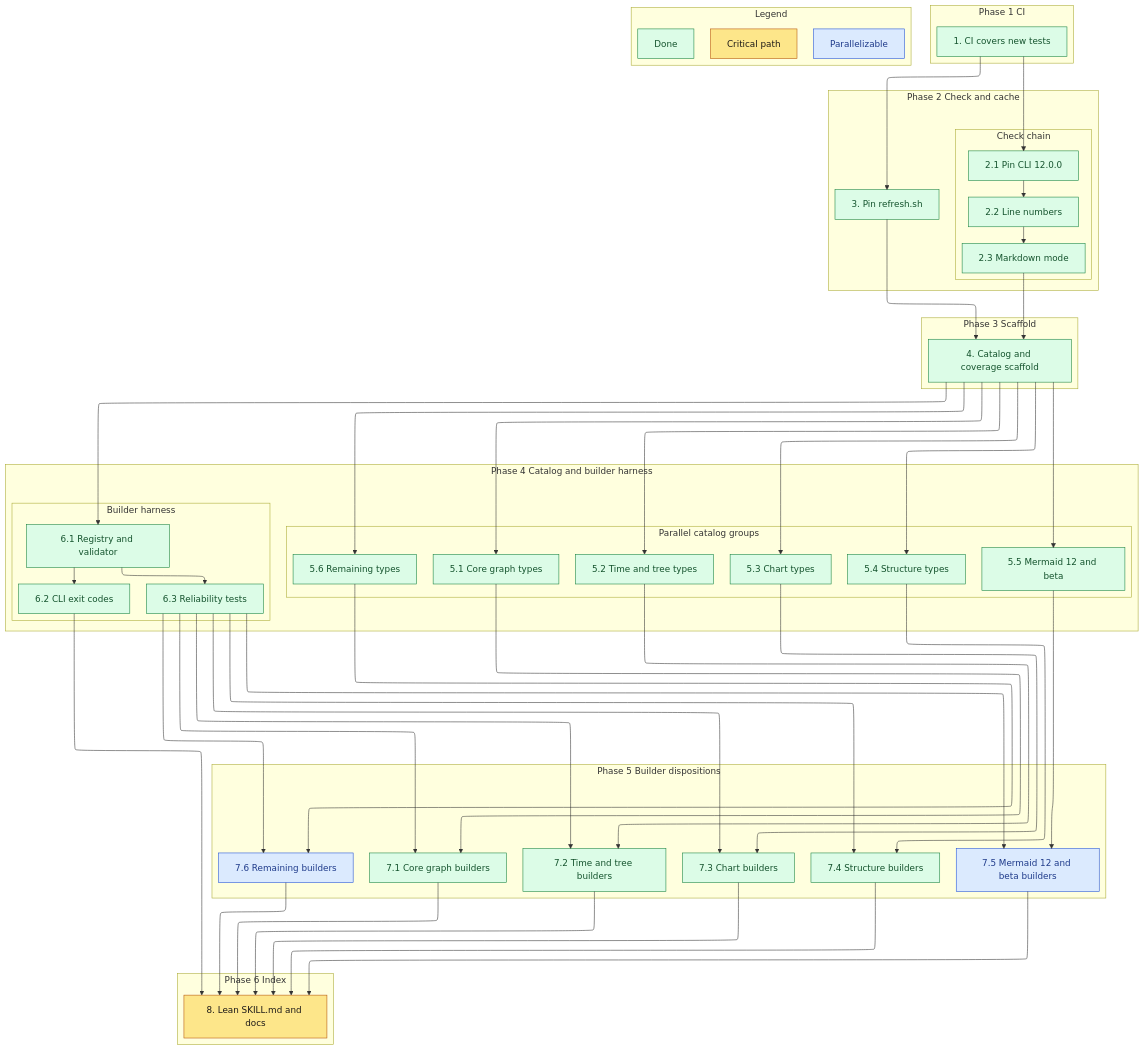
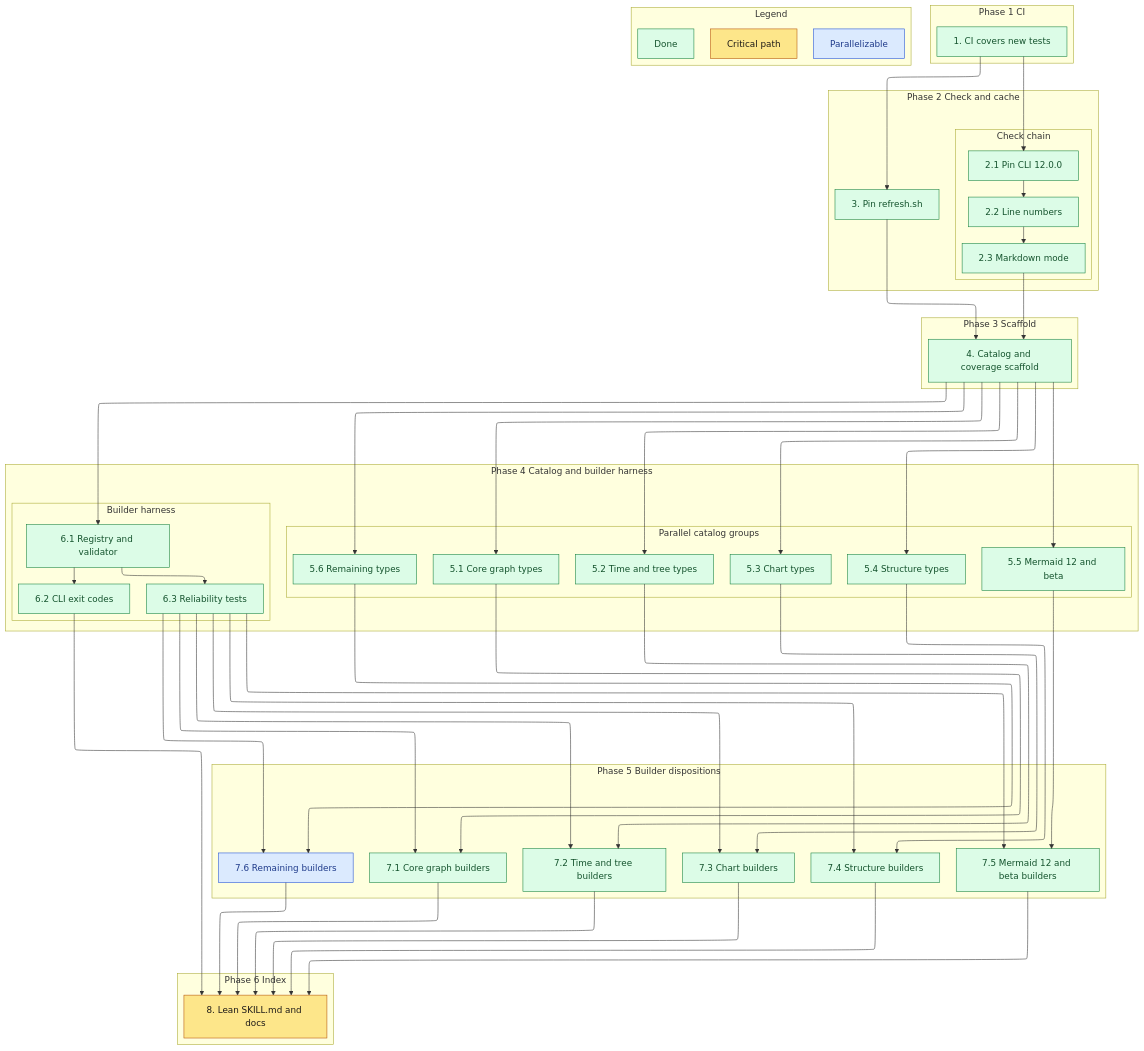
The diagram in .kiro/specs/mermaid-catalog/tasks.md (sohampatwardhan/mermaid-skill), drawn with Mermaid before and after one commit. The commit also changed other lines of this file and 36 other files, not shown here.

First line of the commit message:
feat(render): bring mermaid 12 and beta builders to the reliability bar

````diff
--- a/.kiro/specs/mermaid-catalog/tasks.md
+++ b/.kiro/specs/mermaid-catalog/tasks.md
@@ -94,7 +94,7 @@
   classDef critical fill:#fde68a,stroke:#b45309,color:#1c1917
   classDef parallel fill:#dbeafe,stroke:#1d4ed8,color:#1e3a8a
   classDef done fill:#dcfce7,stroke:#15803d,color:#14532d
-  class t1,t2_1,t2_2,t2_3,t3,t4,t5_1,t5_2,t5_3,t5_4,t5_5,t5_6,t6_1,t6_2,t6_3,t7_1,t7_2,t7_3,t7_4,ld done
+  class t1,t2_1,t2_2,t2_3,t3,t4,t5_1,t5_2,t5_3,t5_4,t5_5,t5_6,t6_1,t6_2,t6_3,t7_1,t7_2,t7_3,t7_4,t7_5,ld done
   class t8,lc critical
-  class t7_5,t7_6,lp parallel
+  class t7_6,lp parallel
 ```
````
